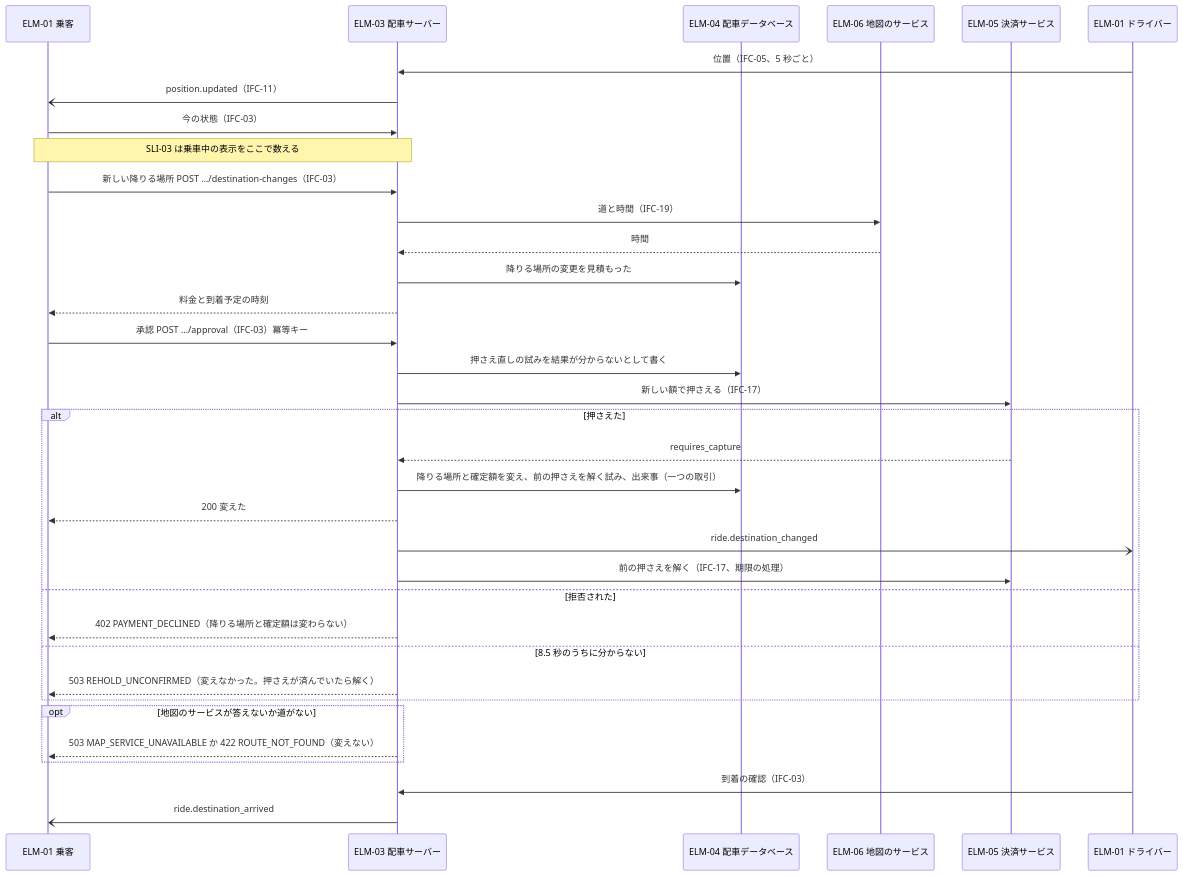
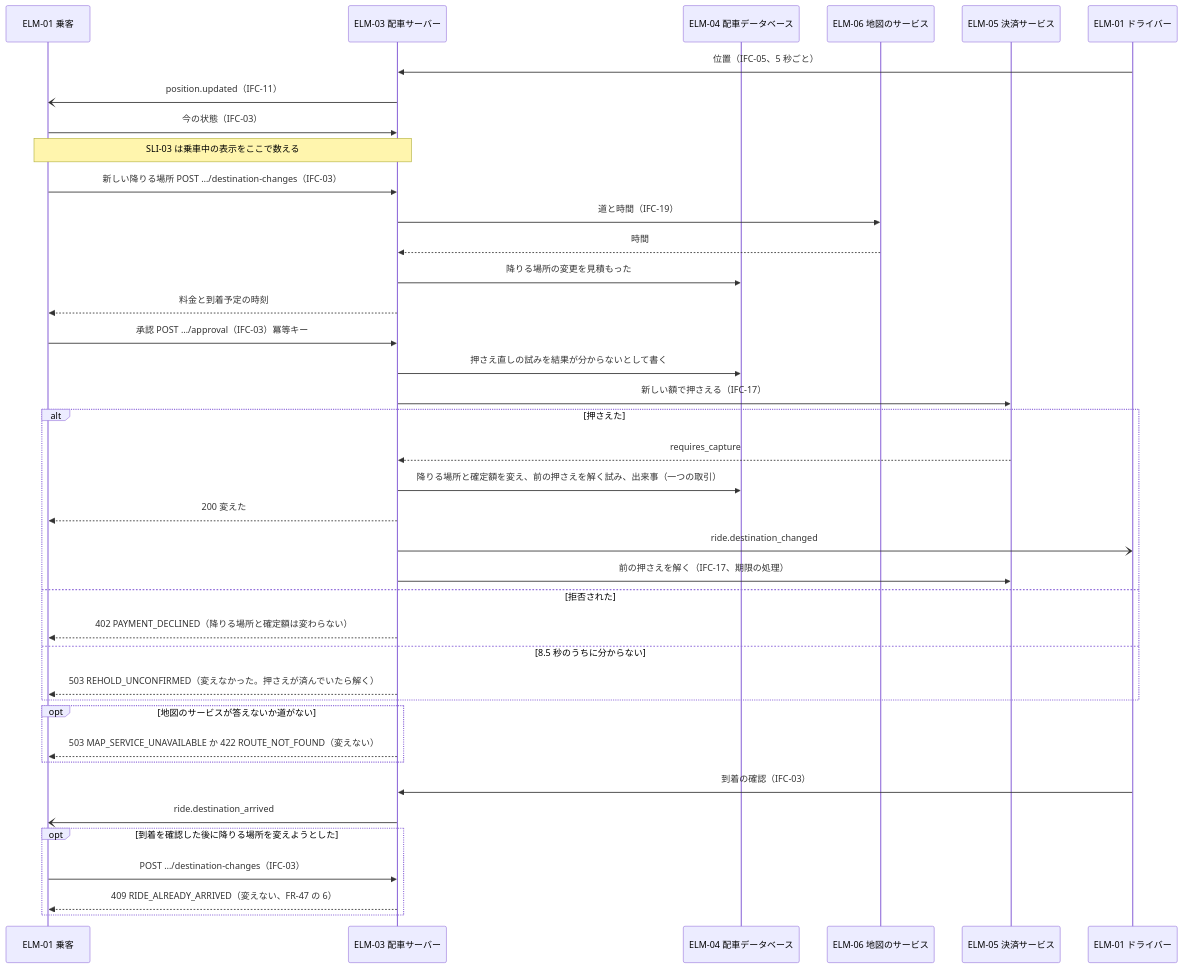
Before and after one commit to Taro000/ride-hailing-app-demo: the sixth of 57 diagrams in docs/design/3-high-level-design.md, drawn with Mermaid. The commit also changed other lines of this file and 51 other files, not shown here.

````diff
--- a/docs/design/3-high-level-design.md
+++ b/docs/design/3-high-level-design.md
@@ -324,37 +344,41 @@
 ```mermaid
 sequenceDiagram
   participant P as ELM-01 乗客
   participant S as ELM-03 配車サーバー
   participant DB as ELM-04 配車データベース
   participant M as ELM-06 地図のサービス
   participant PAY as ELM-05 決済サービス
   participant D as ELM-01 ドライバー
   D->>S: 位置（IFC-05、5 秒ごと）
   S-)P: position.updated（IFC-11）
   P->>S: 今の状態（IFC-03）
   Note over P,S: SLI-03 は乗車中の表示をここで数える
   P->>S: 新しい降りる場所 POST …/destination-changes（IFC-03）
   S->>M: 道と時間（IFC-19）
   M-->>S: 時間
   S->>DB: 降りる場所の変更を見積もった
   S-->>P: 料金と到着予定の時刻
   P->>S: 承認 POST …/approval（IFC-03）冪等キー
   S->>DB: 押さえ直しの試みを結果が分からないとして書く
   S->>PAY: 新しい額で押さえる（IFC-17）
   alt 押さえた
     PAY-->>S: requires_capture
     S->>DB: 降りる場所と確定額を変え、前の押さえを解く試み、出来事（一つの取引）
     S-->>P: 200 変えた
     S-)D: ride.destination_changed
     S->>PAY: 前の押さえを解く（IFC-17、期限の処理）
   else 拒否された
     S-->>P: 402 PAYMENT_DECLINED（降りる場所と確定額は変わらない）
   else 8.5 秒のうちに分からない
     S-->>P: 503 REHOLD_UNCONFIRMED（変えなかった。押さえが済んでいたら解く）
   end
   opt 地図のサービスが答えないか道がない
     S-->>P: 503 MAP_SERVICE_UNAVAILABLE か 422 ROUTE_NOT_FOUND（変えない）
   end
   D->>S: 到着の確認（IFC-03）
   S-)P: ride.destination_arrived
+  opt 到着を確認した後に降りる場所を変えようとした
+    P->>S: POST …/destination-changes（IFC-03）
+    S-->>P: 409 RIDE_ALREADY_ARRIVED（変えない、FR-47 の 6）
+  end
 ```
````
